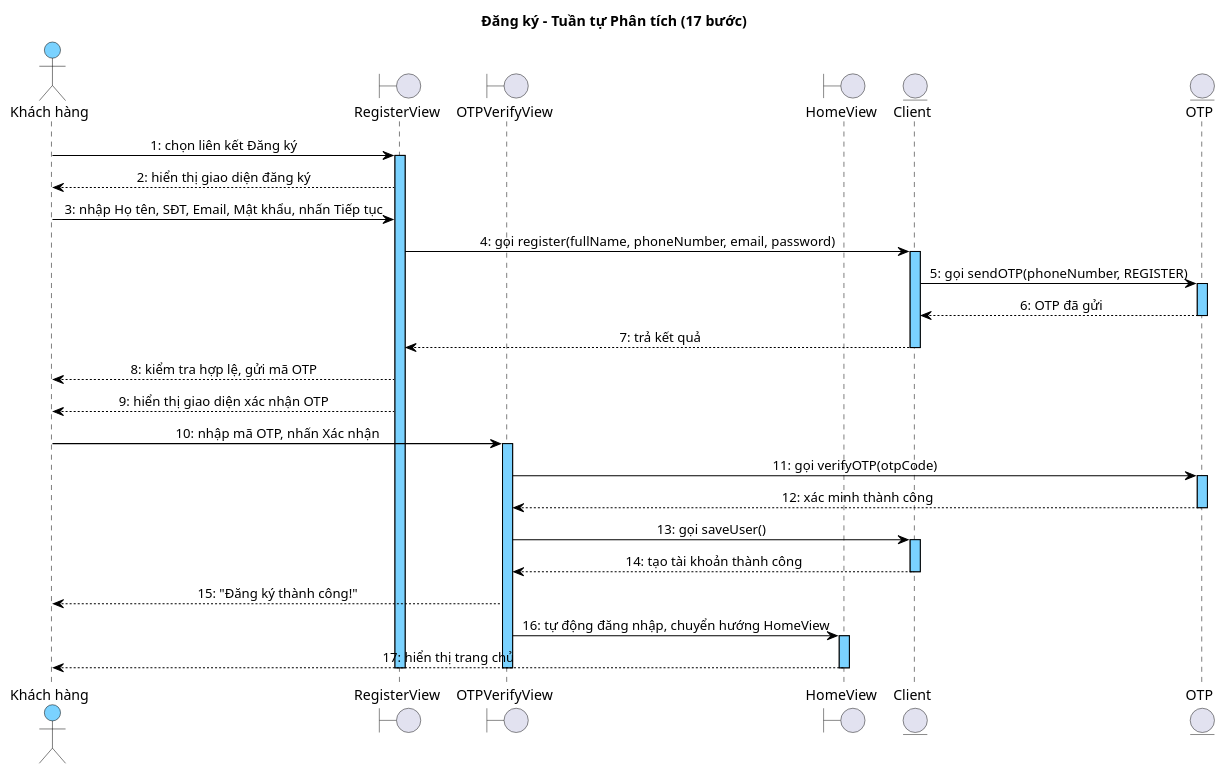
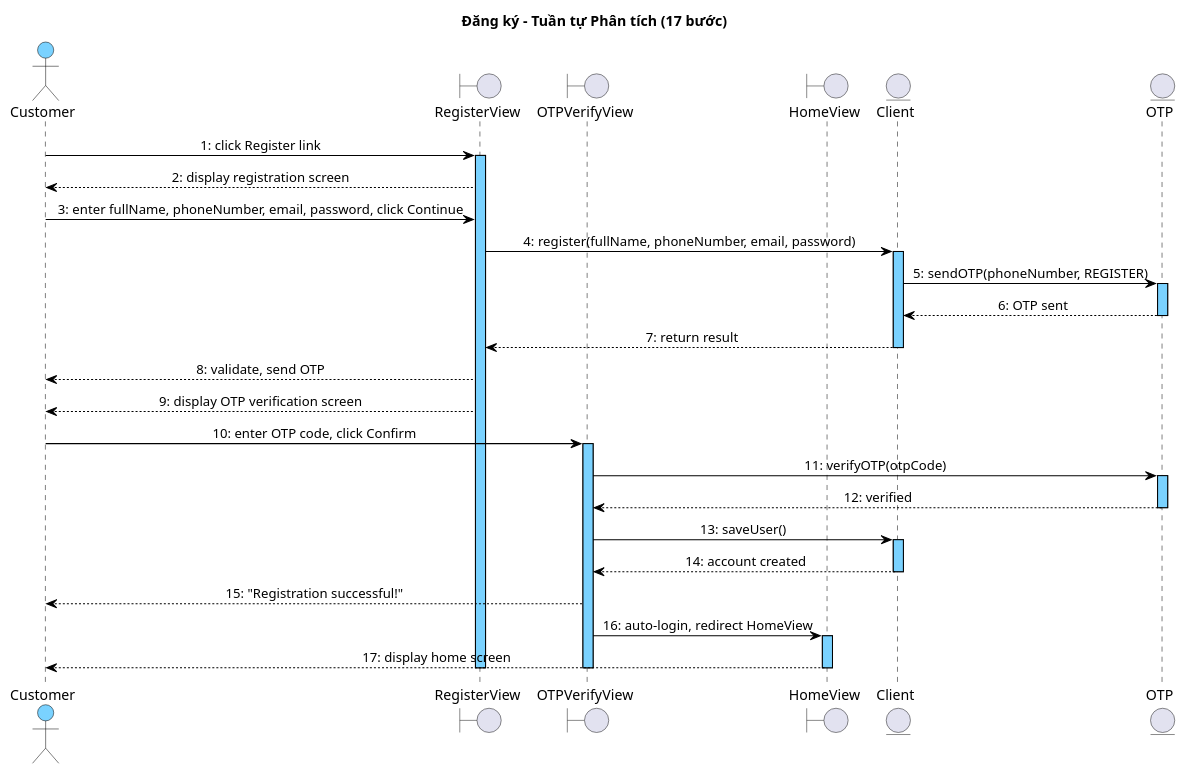
One commit to thanhtrnnn/cnpm changed the fourth of 7 diagrams in docs/tabs/account/ii-analysis.md. Above: the diagram before and after it, drawn with PlantUML. The commit also changed other lines of this file and 3 other files, not shown here.

First line of the commit message:
fix: PlantUML arrow labels → English; section II.4 scenarios use bullets

````diff
--- a/docs/tabs/account/ii-analysis.md
+++ b/docs/tabs/account/ii-analysis.md
@@ -471,64 +471,64 @@
 ```plantuml
 @startuml
 skinparam shadowing false
 skinparam SequenceMessageAlign left
 skinparam sequenceMessageAlign center
 skinparam sequenceArrowThickness 1
 skinparam sequenceLifeLineBorderColor #000000
 skinparam sequenceLifeLineBackgroundColor #7AD2FF
 skinparam sequenceParticipantBackgroundColor #7AD2FF
 skinparam sequenceParticipantBorderColor #000000
 skinparam sequenceParticipantFontColor #000000
 skinparam sequenceArrowColor #000000
 skinparam sequenceArrowFontColor #000000
 skinparam sequenceGroupBorderColor #000000
 skinparam sequenceGroupBackgroundColor #DDEEFF
 skinparam sequenceDividerBorderColor #000000
 skinparam sequenceDividerBackgroundColor #DDEEFF
 skinparam sequenceMessageFontColor #000000
 skinparam sequenceMessageFontSize 10
 skinparam sequenceActorBorderColor #000000
 skinparam sequenceActorBackgroundColor #7AD2FF
 skinparam sequenceActorFontColor #000000
 title Đăng ký – Tuần tự Phân tích (17 bước)
 
-actor "Khách hàng" as Actor
+actor "Customer" as Actor
 boundary RegisterView as B1
 boundary OTPVerifyView as B2
 boundary HomeView as B3
 entity Client as E1
 entity OTP as E2
 
-Actor -> B1 : 1: chọn liên kết Đăng ký
+Actor -> B1 : 1: click Register link
 activate B1
-B1 --> Actor : 2: hiển thị giao diện đăng ký
-Actor -> B1 : 3: nhập Họ tên, SĐT, Email, Mật khẩu, nhấn Tiếp tục
-B1 -> E1 : 4: gọi register(fullName, phoneNumber, email, password)
+B1 --> Actor : 2: display registration screen
+Actor -> B1 : 3: enter fullName, phoneNumber, email, password, click Continue
+B1 -> E1 : 4: register(fullName, phoneNumber, email, password)
 activate E1
-E1 -> E2 : 5: gọi sendOTP(phoneNumber, REGISTER)
+E1 -> E2 : 5: sendOTP(phoneNumber, REGISTER)
 activate E2
-E2 --> E1 : 6: OTP đã gửi
+E2 --> E1 : 6: OTP sent
 deactivate E2
-E1 --> B1 : 7: trả kết quả
+E1 --> B1 : 7: return result
 deactivate E1
-B1 --> Actor : 8: kiểm tra hợp lệ, gửi mã OTP
-B1 --> Actor : 9: hiển thị giao diện xác nhận OTP
-Actor -> B2 : 10: nhập mã OTP, nhấn Xác nhận
+B1 --> Actor : 8: validate, send OTP
+B1 --> Actor : 9: display OTP verification screen
+Actor -> B2 : 10: enter OTP code, click Confirm
 activate B2
-B2 -> E2 : 11: gọi verifyOTP(otpCode)
+B2 -> E2 : 11: verifyOTP(otpCode)
 activate E2
-E2 --> B2 : 12: xác minh thành công
+E2 --> B2 : 12: verified
 deactivate E2
-B2 -> E1 : 13: gọi saveUser()
+B2 -> E1 : 13: saveUser()
 activate E1
-E1 --> B2 : 14: tạo tài khoản thành công
+E1 --> B2 : 14: account created
 deactivate E1
-B2 --> Actor : 15: "Đăng ký thành công!"
-B2 -> B3 : 16: tự động đăng nhập, chuyển hướng HomeView
+B2 --> Actor : 15: "Registration successful!"
+B2 -> B3 : 16: auto-login, redirect HomeView
 activate B3
-B3 --> Actor : 17: hiển thị trang chủ
+B3 --> Actor : 17: display home screen
 deactivate B3
 deactivate B2
 deactivate B1
 @enduml
 ```
````
